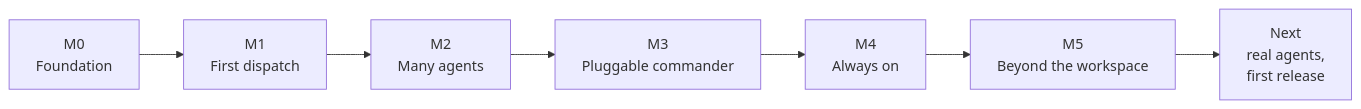
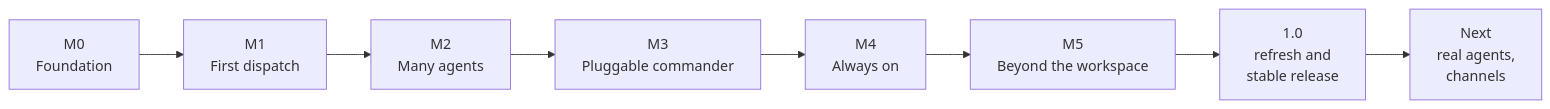
The diagram in doc/roadmap.md (kverona-ai/hufu), drawn with Mermaid before and after one commit. The commit also changed other lines of this file and 46 other files, not shown here.

````diff
--- a/doc/roadmap.md
+++ b/doc/roadmap.md
@@ -15,9 +15,10 @@
 ```mermaid
 flowchart LR
     M0["M0<br/>Foundation"] --> M1["M1<br/>First dispatch"]
     M1 --> M2["M2<br/>Many agents"]
     M2 --> M3["M3<br/>Pluggable commander"]
     M3 --> M4["M4<br/>Always on"]
     M4 --> M5["M5<br/>Beyond the workspace"]
-    M5 --> N["Next<br/>real agents,<br/>first release"]
+    M5 --> R["1.0<br/>refresh and<br/>stable release"]
+    R --> N["Next<br/>real agents,<br/>channels"]
 ```
````
